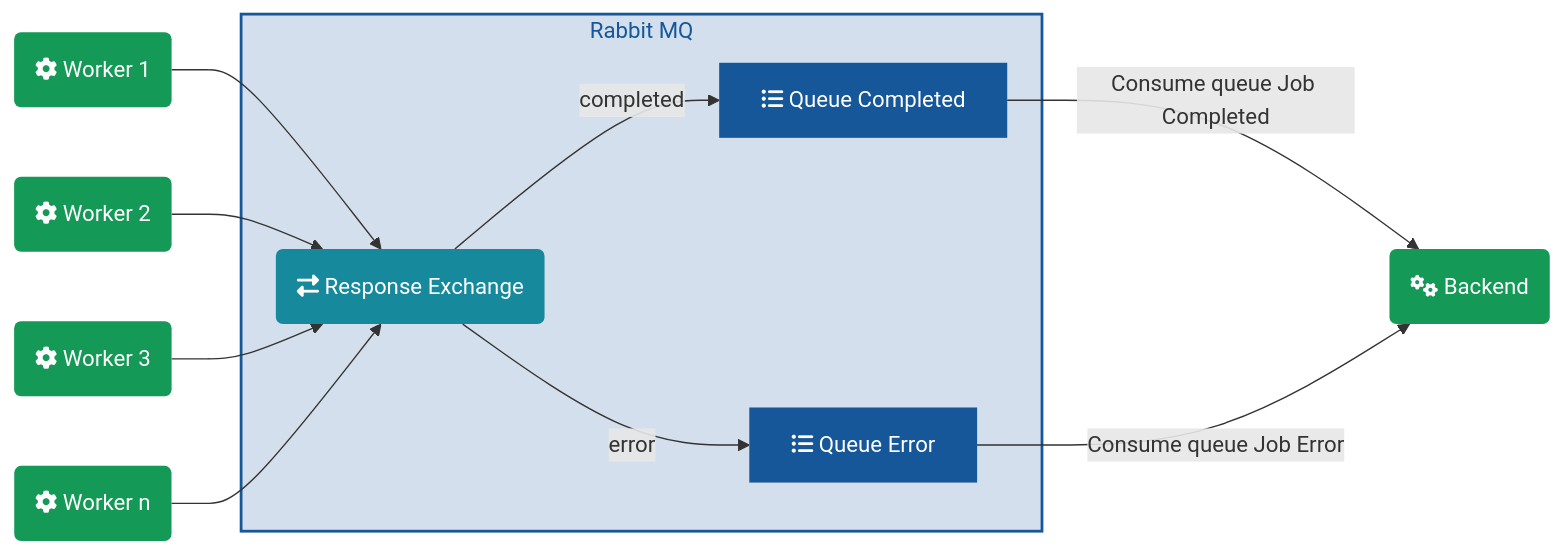
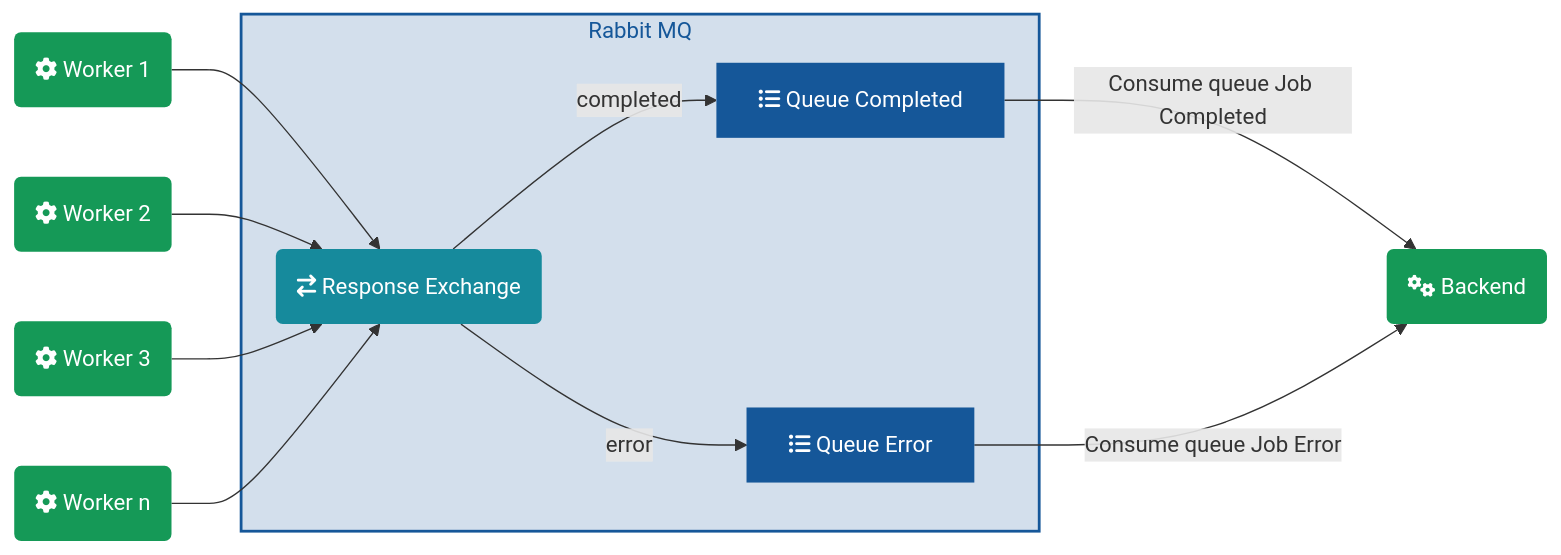
Before and after one commit to media-cloud-ai/media-cloud-ai.github.com: the third of 3 diagrams in step_flow.md, drawn with Mermaid. The commit also changed other lines of this file, not shown here.

Commit message:
fix exchange icon

```diff
--- a/step_flow.md
+++ b/step_flow.md
@@ -75,36 +75,36 @@
 <div class="mermaid">
 graph LR
 
-w1(fa:fa-cog Worker 1) --> exchange(fa:fa-exchange-alt Response Exchange)
+w1(fa:fa-cog Worker 1) --> exchange(fa:fa-exchange Response Exchange)
 w2(fa:fa-cog Worker 2) --> exchange
 w3(fa:fa-cog Worker 3) --> exchange
 wn(fa:fa-cog Worker n) --> exchange
 
 subgraph rmq[Rabbit MQ]
   exchange --> |completed| q_completed[fa:fa-list-ul Queue Completed]
   exchange --> |error| q_error[fa:fa-list-ul  Queue Error]
 end
 
 q_completed --> |Consume queue Job Completed|backend2(fa:fa-cogs Backend)
 q_error --> |Consume queue Job Error|backend2
 
 classDef blue fill:#155799,stroke: none,color: #fff;
 classDef cyan fill:#168a9c,stroke: none,color: #fff;
 classDef green fill:#159957,stroke: none,color: #fff;
 
 class backend green
 class backend2 green
 class backend3 green
 class w1 green
 class w2 green
 class w3 green
 class wn green
 class q_worker_1 blue
 class q_worker_2 blue
 class q_worker_n blue
 class q_completed blue
 class q_error blue
 class exchange cyan
 
 style rmq fill:#15579930,stroke:#155799,stroke-width:2px,color:#155799
 </div>
```
